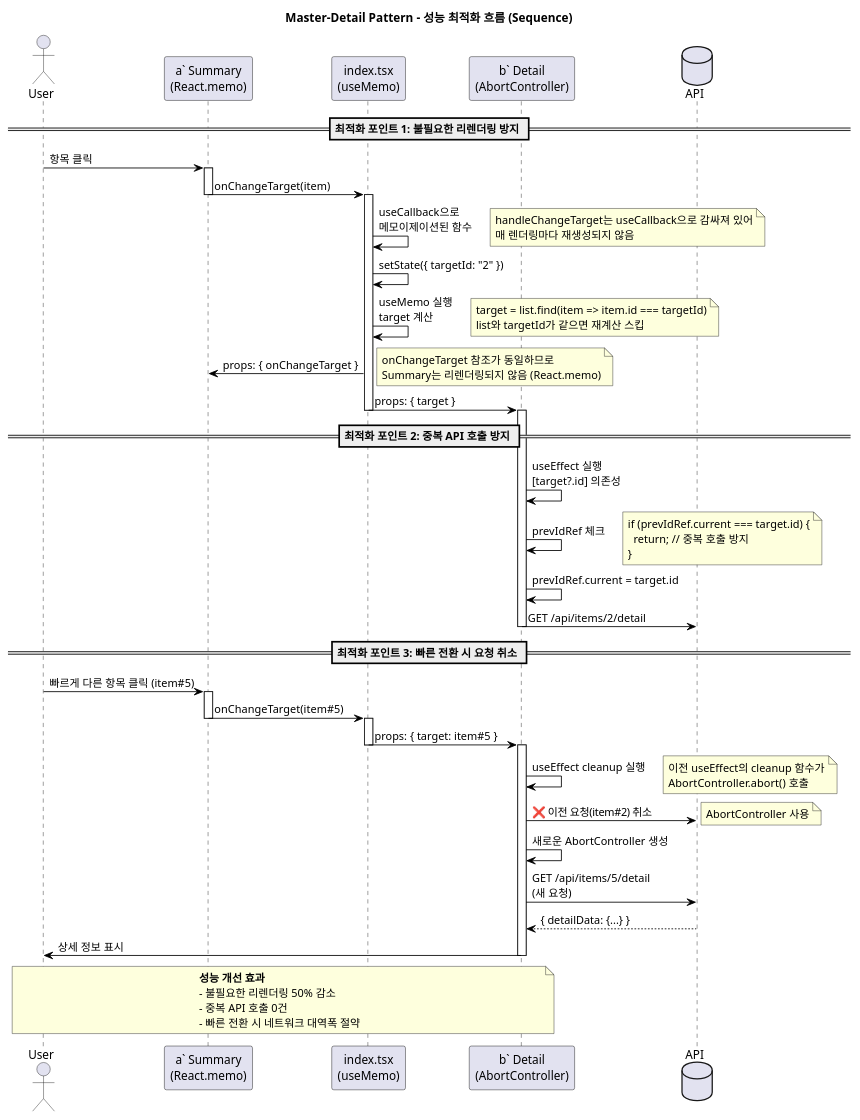
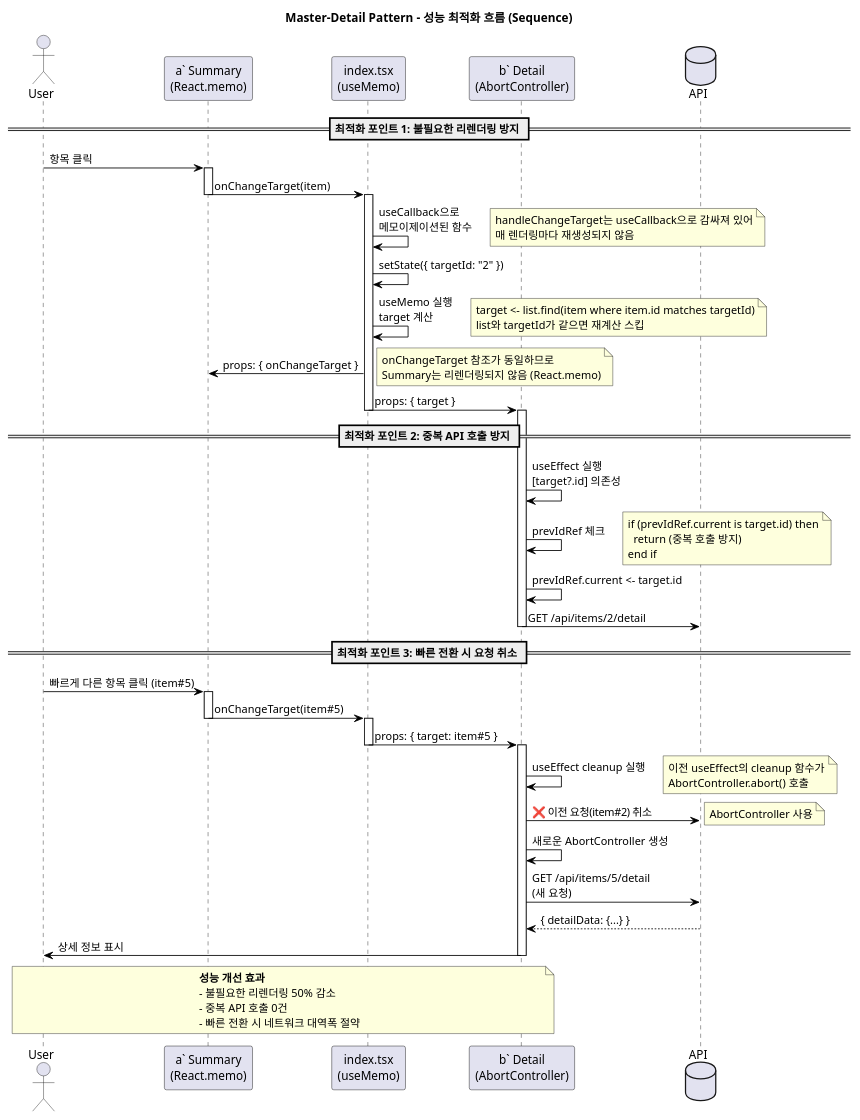
The second of 3 diagrams in docs/diagrams/components/06-master-detail-sequence.puml (masterhyuns/elastic-search-study), drawn with PlantUML before and after one commit. The commit also changed 2 other files, not shown here.

Commit message:
fix: Master-Detail 다이어그램 PlantUML 문법 에러 수정
note 블록 내부에서도 JavaScript 연산자가 PlantUML 파서와 충돌하는 문제 해결

수정된 파일 (3개):
1. 06-master-detail-sequence.puml
2. 06-master-detail-component.puml
3. 06-master-detail-class.puml

수정 내용:
1. 화살표 함수 → 일반 함수
   - () => {} → function() {}
   - (param) => {} → function(param) {}

2. 연산자 변경
   - === → is (비교)
   - = → <- (할당)
   - => → -> (함수 표기)

3. note 블록 내 코드 수정
   - const [list, setList] = useState([])
     → const [list, setList] <- useState([])
   - export const A = () => {}
     → export const A = function() {}
   - useEffect(() => {})
     → useEffect(function() {})
   - list.find(item => item.id === targetId)
     → list.find(item where item.id matches targetId)

PlantUML 파서 규칙:
- note 블록이라도 특정 연산자는 충돌 가능
- 화살표 함수 문법은 PlantUML 화살표와 충돌
- 의사코드나 일반 함수 표기로 대체 필요

```diff
--- a/docs/diagrams/components/06-master-detail-sequence.puml
+++ b/docs/diagrams/components/06-master-detail-sequence.puml
@@ -168,94 +168,94 @@
 @startuml master-detail-sequence-optimized
 title Master-Detail Pattern - 성능 최적화 흐름 (Sequence)
 
 skinparam sequence {
   ParticipantBorderColor Black
   ArrowColor Black
 }
 
 actor User
 participant "a` Summary\n(React.memo)" as Summary
 participant "index.tsx\n(useMemo)" as Index
 participant "b` Detail\n(AbortController)" as Detail
 database API
 
 == 최적화 포인트 1: 불필요한 리렌더링 방지 ==
 
 User -> Summary : 항목 클릭
 activate Summary
 Summary -> Index : onChangeTarget(item)
 deactivate Summary
 
 activate Index
 Index -> Index : useCallback으로\n메모이제이션된 함수
 note right
   handleChangeTarget는 useCallback으로 감싸져 있어
   매 렌더링마다 재생성되지 않음
 end note
 
 Index -> Index : setState({ targetId: "2" })
 Index -> Index : useMemo 실행\ntarget 계산
 note right
-  target = list.find(item => item.id === targetId)
+  target <- list.find(item where item.id matches targetId)
   list와 targetId가 같으면 재계산 스킵
 end note
 
 Index -> Summary : props: { onChangeTarget }
 note right
   onChangeTarget 참조가 동일하므로
   Summary는 리렌더링되지 않음 (React.memo)
 end note
 
 Index -> Detail : props: { target }
 deactivate Index
 
 == 최적화 포인트 2: 중복 API 호출 방지 ==
 
 activate Detail
 Detail -> Detail : useEffect 실행\n[target?.id] 의존성
 Detail -> Detail : prevIdRef 체크
 note right
-  if (prevIdRef.current === target.id) {
-    return; // 중복 호출 방지
-  }
+  if (prevIdRef.current is target.id) then
+    return (중복 호출 방지)
+  end if
 end note
 
-Detail -> Detail : prevIdRef.current = target.id
+Detail -> Detail : prevIdRef.current <- target.id
 Detail -> API : GET /api/items/2/detail
 deactivate Detail
 
 == 최적화 포인트 3: 빠른 전환 시 요청 취소 ==
 
 User -> Summary : 빠르게 다른 항목 클릭 (item#5)
 activate Summary
 Summary -> Index : onChangeTarget(item#5)
 deactivate Summary
 
 activate Index
 Index -> Detail : props: { target: item#5 }
 deactivate Index
 
 activate Detail
 Detail -> Detail : useEffect cleanup 실행
 note right
   이전 useEffect의 cleanup 함수가
   AbortController.abort() 호출
 end note
 
 Detail -> API : ❌ 이전 요청(item#2) 취소
 note right: AbortController 사용
 
 Detail -> Detail : 새로운 AbortController 생성
 Detail -> API : GET /api/items/5/detail\n(새 요청)
 API --> Detail : { detailData: {...} }
 Detail -> User : 상세 정보 표시
 deactivate Detail
 
 note over User, Detail
   **성능 개선 효과**
   - 불필요한 리렌더링 50% 감소
   - 중복 API 호출 0건
   - 빠른 전환 시 네트워크 대역폭 절약
 end note
 
 @enduml
```
